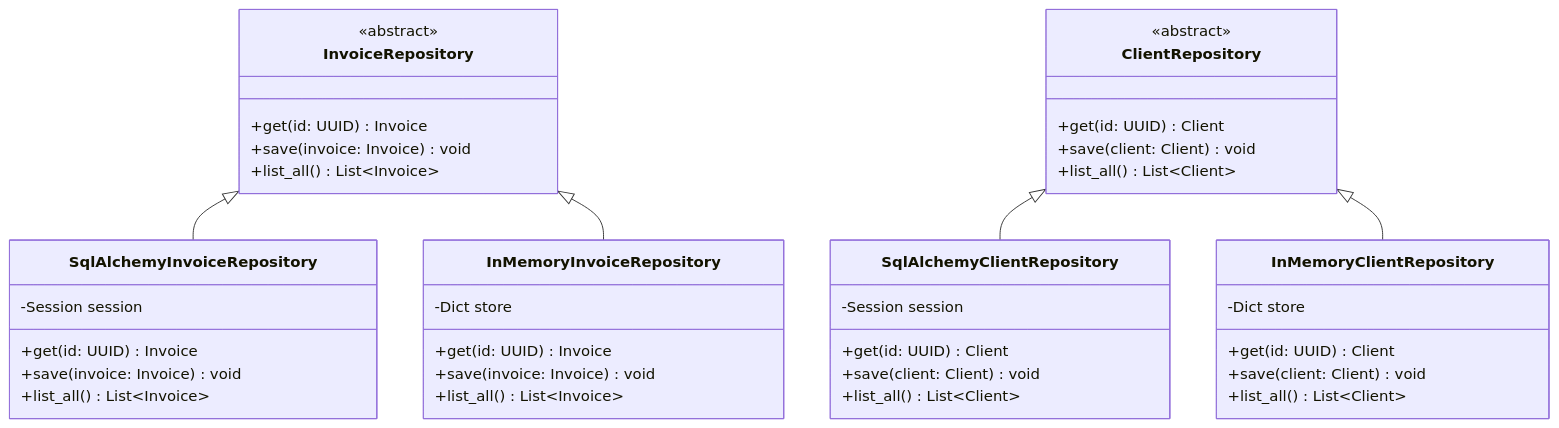
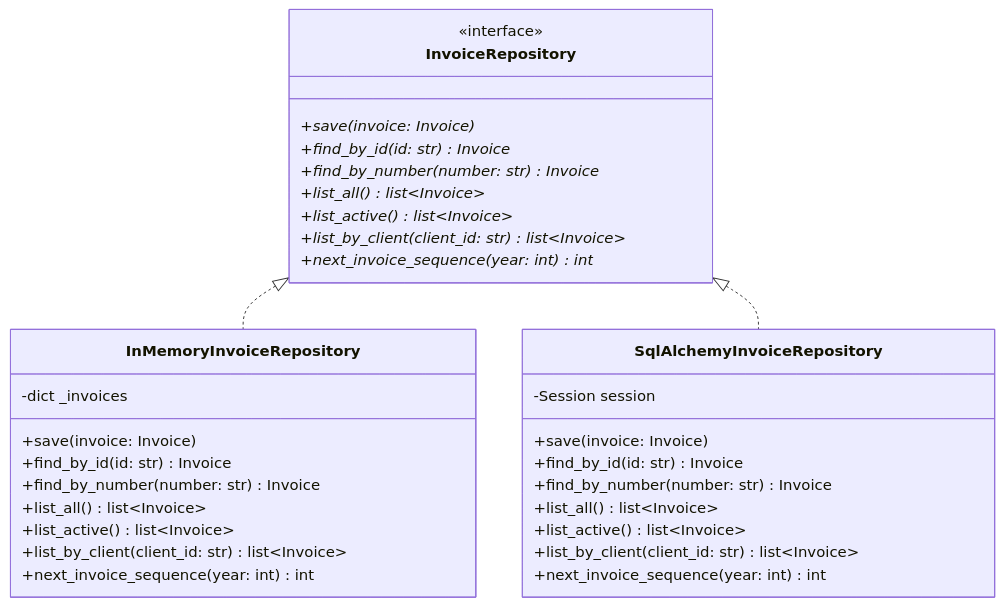
The eighth of 8 diagrams in docs/uml/03-patterns.md (Anupam-hash926/DuePing), drawn with Mermaid before and after one commit. The commit also changed other lines of this file and 18 other files, not shown here.

Commit message:
phase 1: docs and uml match the code

````diff
--- a/docs/uml/03-patterns.md
+++ b/docs/uml/03-patterns.md
@@ -285,49 +403,38 @@
 ```mermaid
 classDiagram
     class InvoiceRepository {
-        <<abstract>>
-        +get(id: UUID) Invoice
-        +save(invoice: Invoice) void
-        +list_all() List~Invoice~
+        <<interface>>
+        +save(invoice: Invoice)*
+        +find_by_id(id: str)* Invoice
+        +find_by_number(number: str)* Invoice
+        +list_all()* list~Invoice~
+        +list_active()* list~Invoice~
+        +list_by_client(client_id: str)* list~Invoice~
+        +next_invoice_sequence(year: int)* int
     }
 
-    class ClientRepository {
-        <<abstract>>
-        +get(id: UUID) Client
-        +save(client: Client) void
-        +list_all() List~Client~
+    class InMemoryInvoiceRepository {
+        -dict _invoices
+        +save(invoice: Invoice)
+        +find_by_id(id: str) Invoice
+        +find_by_number(number: str) Invoice
+        +list_all() list~Invoice~
+        +list_active() list~Invoice~
+        +list_by_client(client_id: str) list~Invoice~
+        +next_invoice_sequence(year: int) int
     }
 
     class SqlAlchemyInvoiceRepository {
         -Session session
-        +get(id: UUID) Invoice
-        +save(invoice: Invoice) void
-        +list_all() List~Invoice~
+        +save(invoice: Invoice)
+        +find_by_id(id: str) Invoice
+        +find_by_number(number: str) Invoice
+        +list_all() list~Invoice~
+        +list_active() list~Invoice~
+        +list_by_client(client_id: str) list~Invoice~
+        +next_invoice_sequence(year: int) int
     }
 
-    class InMemoryInvoiceRepository {
-        -Dict store
-        +get(id: UUID) Invoice
-        +save(invoice: Invoice) void
-        +list_all() List~Invoice~
-    }
-
-    class SqlAlchemyClientRepository {
-        -Session session
-        +get(id: UUID) Client
-        +save(client: Client) void
-        +list_all() List~Client~
-    }
-
-    class InMemoryClientRepository {
-        -Dict store
-        +get(id: UUID) Client
-        +save(client: Client) void
-        +list_all() List~Client~
-    }
-
-    InvoiceRepository <|-- SqlAlchemyInvoiceRepository
-    InvoiceRepository <|-- InMemoryInvoiceRepository
-    ClientRepository <|-- SqlAlchemyClientRepository
-    ClientRepository <|-- InMemoryClientRepository
+    InvoiceRepository <|.. InMemoryInvoiceRepository
+    InvoiceRepository <|.. SqlAlchemyInvoiceRepository
 ```
````
